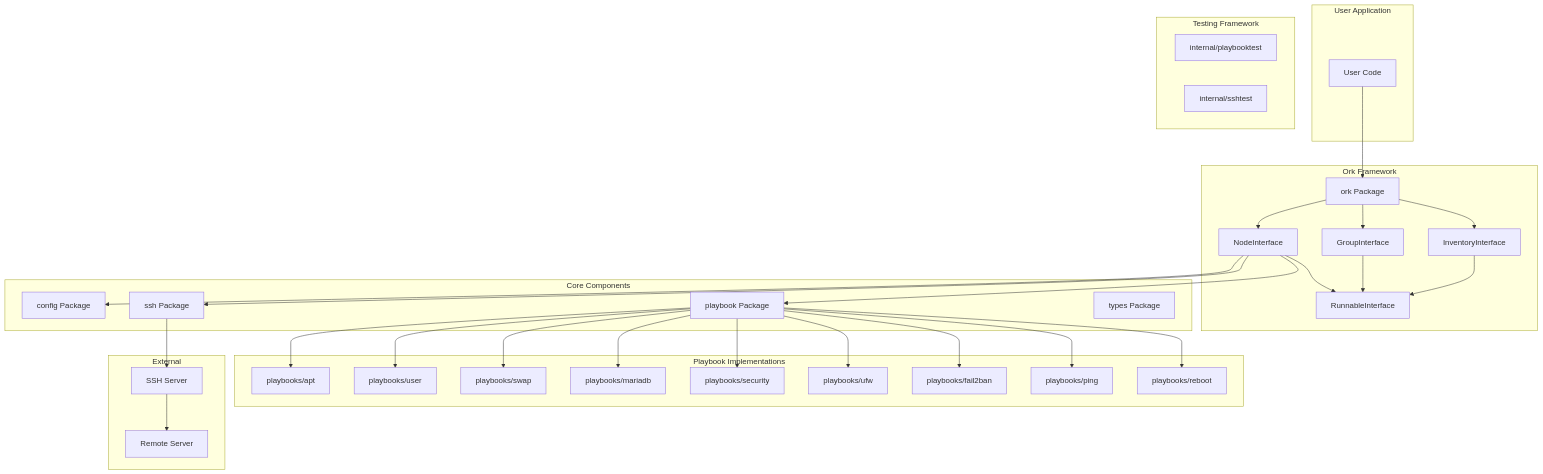
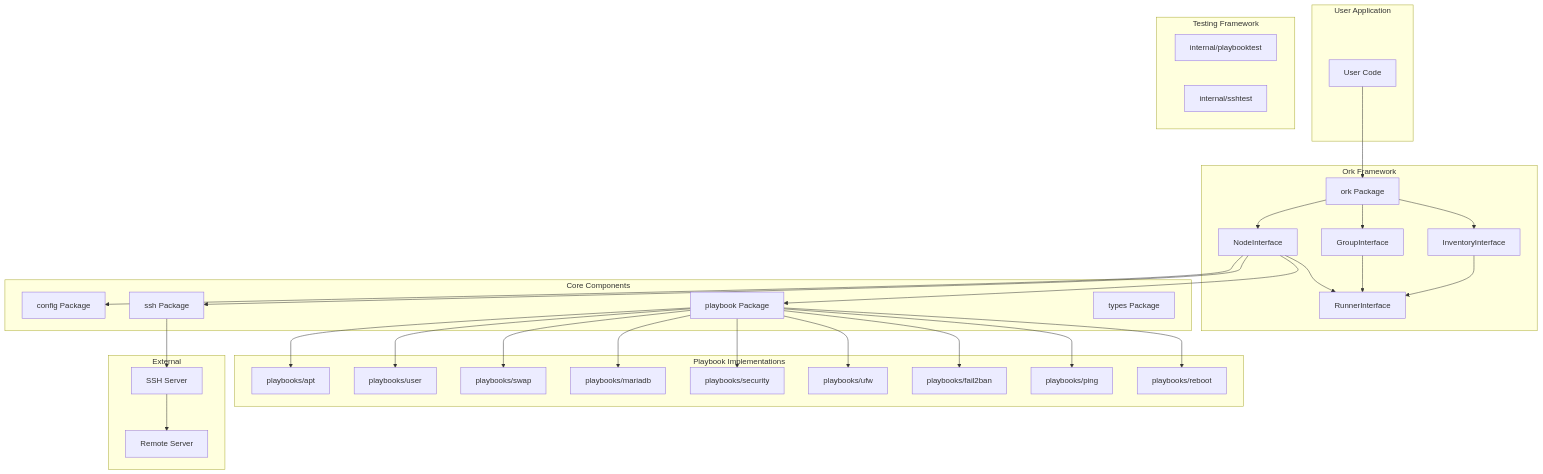
One commit to dracory/ork changed the first of 11 diagrams in docs/livewiki/architecture.md. Above: the diagram before and after it, drawn with Mermaid. The commit also changed other lines of this file and 22 other files, not shown here.

Commit message:
docs: rename RunnableInterface to RunnerInterface across documentation and proposals

````diff
--- a/docs/livewiki/architecture.md
+++ b/docs/livewiki/architecture.md
@@ -17,65 +17,65 @@
 ```mermaid
 graph TB
     subgraph "User Application"
         A[User Code]
     end
     
     subgraph "Ork Framework"
         B[ork Package]
         C[NodeInterface]
         D[GroupInterface]
         E[InventoryInterface]
-        F[RunnableInterface]
+        F[RunnerInterface]
     end
     
     subgraph "Core Components"
         G[config Package]
         H[ssh Package]
         I[playbook Package]
         J[types Package]
     end
     
     subgraph "Testing Framework"
         TF1[internal/playbooktest]
         TF2[internal/sshtest]
     end
     
     subgraph "Playbook Implementations"
         K[playbooks/apt]
         L[playbooks/user]
         M[playbooks/swap]
         N[playbooks/mariadb]
         O[playbooks/security]
         P[playbooks/ufw]
         Q[playbooks/fail2ban]
         R[playbooks/ping]
         S[playbooks/reboot]
     end
     
     subgraph "External"
         T[SSH Server]
         U[Remote Server]
     end
     
     A --> B
     B --> C
     B --> D
     B --> E
     C --> F
     D --> F
     E --> F
     C --> G
     C --> H
     C --> I
     I --> K
     I --> L
     I --> M
     I --> N
     I --> O
     I --> P
     I --> Q
     I --> R
     I --> S
     H --> T
     T --> U
 ```
````
